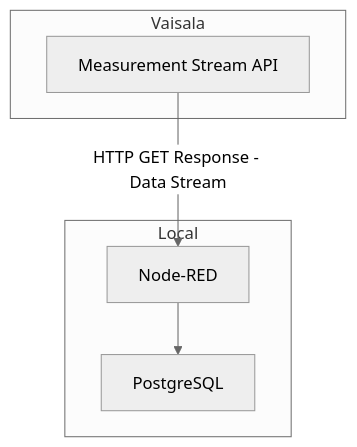
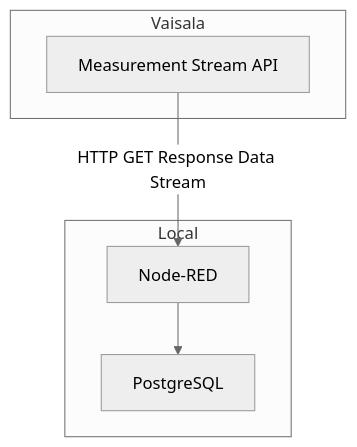
One commit to jonss0777/DIY_Sensor changed the first of 2 diagrams in README.md. Above: the diagram before and after it, drawn with Mermaid (neutral theme). The commit also changed other lines of this file, not shown here.

````diff
--- a/README.md
+++ b/README.md
@@ -7,16 +7,16 @@
 ```mermaid
   flowchart TD
     subgraph Vaisala
         A1[Measurement Stream API]
 
     end
 
     subgraph Local
         B1[Node-RED] --> B2[PostgreSQL]
 
     end
 
-    A1 -->|HTTP GET Response - Data Stream| B1
+    A1 -->|HTTP GET Response Data Stream|B1
 
 
 ```
````
